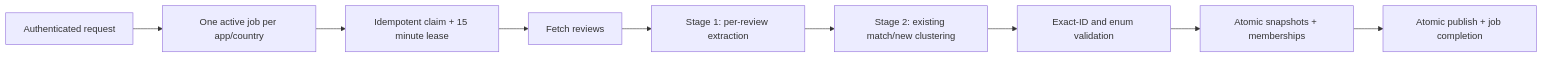
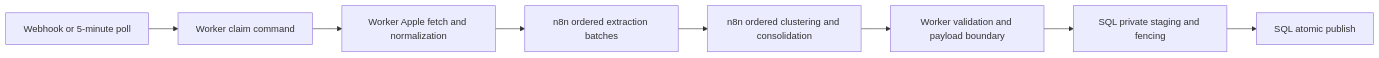
The second of 2 diagrams in docs/architecture.md (jeonsavvy/VoC-Radar), drawn with Mermaid before and after one commit. The commit also changed other lines of this file and 77 other files, not shown here.

````diff
--- a/docs/architecture.md
+++ b/docs/architecture.md
@@ -27,11 +51,10 @@
 ```mermaid
 flowchart LR
-  R["Authenticated request"] --> J["One active job per app/country"]
-  J --> Q["Idempotent claim + 15 minute lease"]
-  Q --> F["Fetch reviews"]
-  F --> E["Stage 1: per-review extraction"]
-  E --> C["Stage 2: existing match/new clustering"]
-  C --> V["Exact-ID and enum validation"]
-  V --> P["Atomic snapshots + memberships"]
-  P --> B["Atomic publish + job completion"]
+  Trigger["Webhook or 5-minute poll"] --> Claim["Worker claim command"]
+  Claim --> Fetch["Worker Apple fetch and normalization"]
+  Fetch --> Extract["n8n ordered extraction batches"]
+  Extract --> Cluster["n8n ordered clustering and consolidation"]
+  Cluster --> Boundary["Worker validation and payload boundary"]
+  Boundary --> Stage["SQL private staging and fencing"]
+  Stage --> Publish["SQL atomic publish"]
 ```
````
